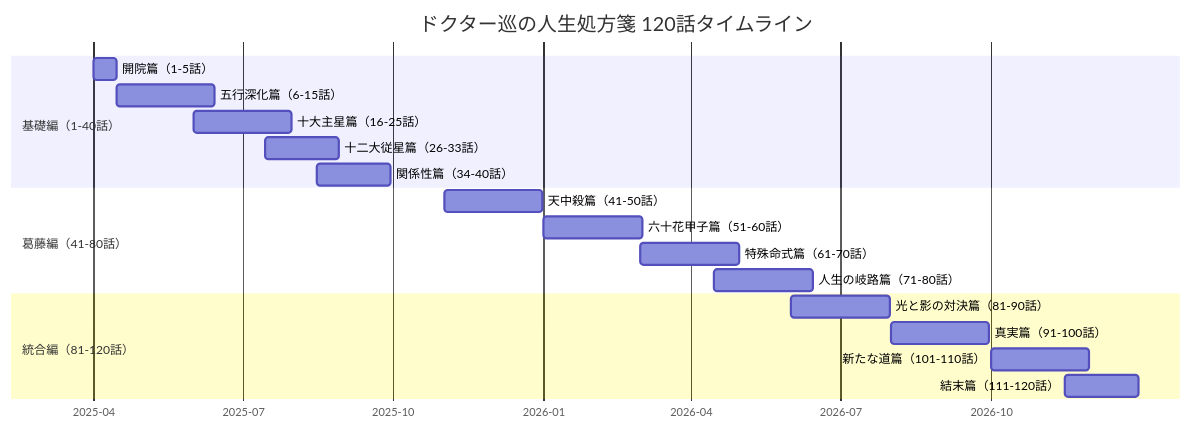
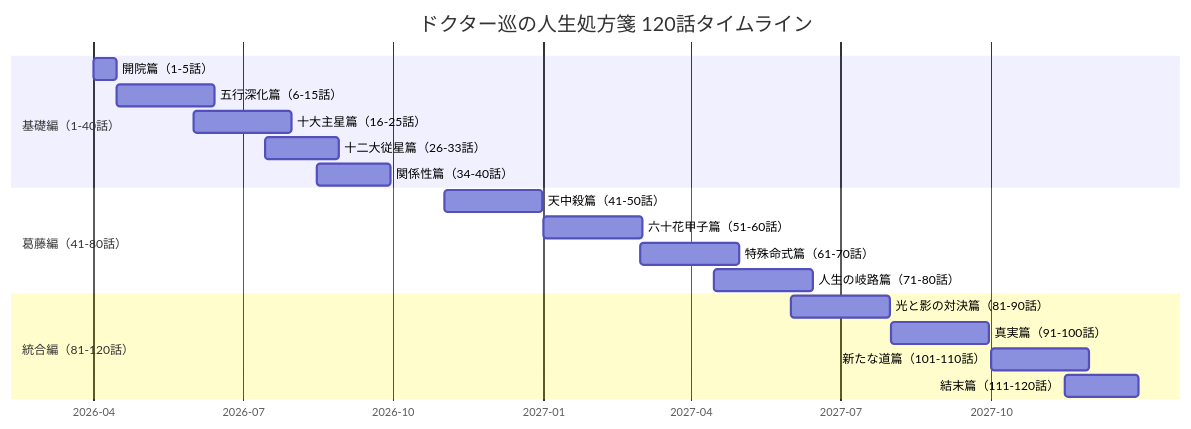
The first of 4 diagrams in claudedocs/120-EPISODE-DASHBOARD.md (tattoo0811/UIanimated-yousen), drawn with Mermaid before and after one commit. The commit also changed other lines of this file and 2 other files, not shown here.

````diff
--- a/claudedocs/120-EPISODE-DASHBOARD.md
+++ b/claudedocs/120-EPISODE-DASHBOARD.md
@@ -273,25 +342,25 @@
 ```mermaid
 gantt
     title ドクター巡の人生処方箋 120話タイムライン
     dateFormat YYYY-MM-DD
     axisFormat %Y-%m
 
     section 基礎編（1-40話）
-    開院篇（1-5話）        :2025-04-01, 14d
-    五行深化篇（6-15話）   :2025-04-15, 60d
-    十大主星篇（16-25話）  :2025-06-01, 60d
-    十二大従星篇（26-33話）:2025-07-15, 45d
-    関係性篇（34-40話）    :2025-08-15, 45d
+    開院篇（1-5話）        :2026-04-01, 14d
+    五行深化篇（6-15話）   :2026-04-15, 60d
+    十大主星篇（16-25話）  :2026-06-01, 60d
+    十二大従星篇（26-33話）:2026-07-15, 45d
+    関係性篇（34-40話）    :2026-08-15, 45d
 
     section 葛藤編（41-80話）
-    天中殺篇（41-50話）    :2025-11-01, 60d
-    六十花甲子篇（51-60話）:2026-01-01, 60d
-    特殊命式篇（61-70話）  :2026-03-01, 60d
-    人生の岐路篇（71-80話）:2026-04-15, 60d
+    天中殺篇（41-50話）    :2026-11-01, 60d
+    六十花甲子篇（51-60話）:2027-01-01, 60d
+    特殊命式篇（61-70話）  :2027-03-01, 60d
+    人生の岐路篇（71-80話）:2027-04-15, 60d
 
     section 統合編（81-120話）
-    光と影の対決篇（81-90話）   :2026-06-01, 60d
-    真実篇（91-100話）         :2026-08-01, 60d
-    新たな道篇（101-110話）    :2026-10-01, 60d
-    結末篇（111-120話）        :2026-11-15, 45d
+    光と影の対決篇（81-90話）   :2027-06-01, 60d
+    真実篇（91-100話）         :2027-08-01, 60d
+    新たな道篇（101-110話）    :2027-10-01, 60d
+    結末篇（111-120話）        :2027-11-15, 45d
 ```
````
